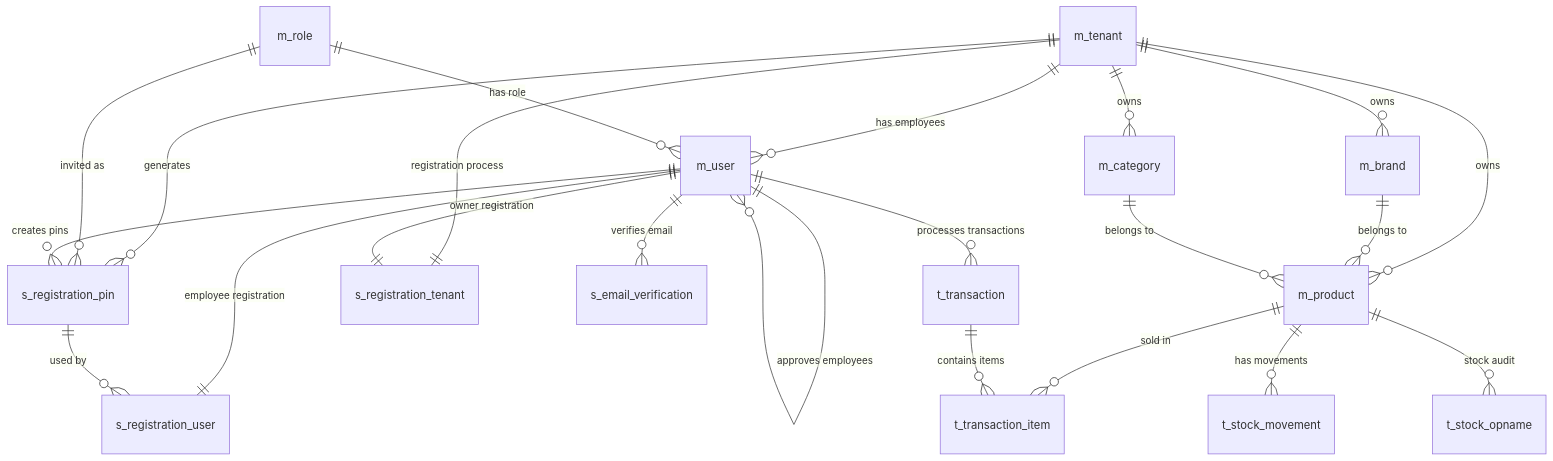
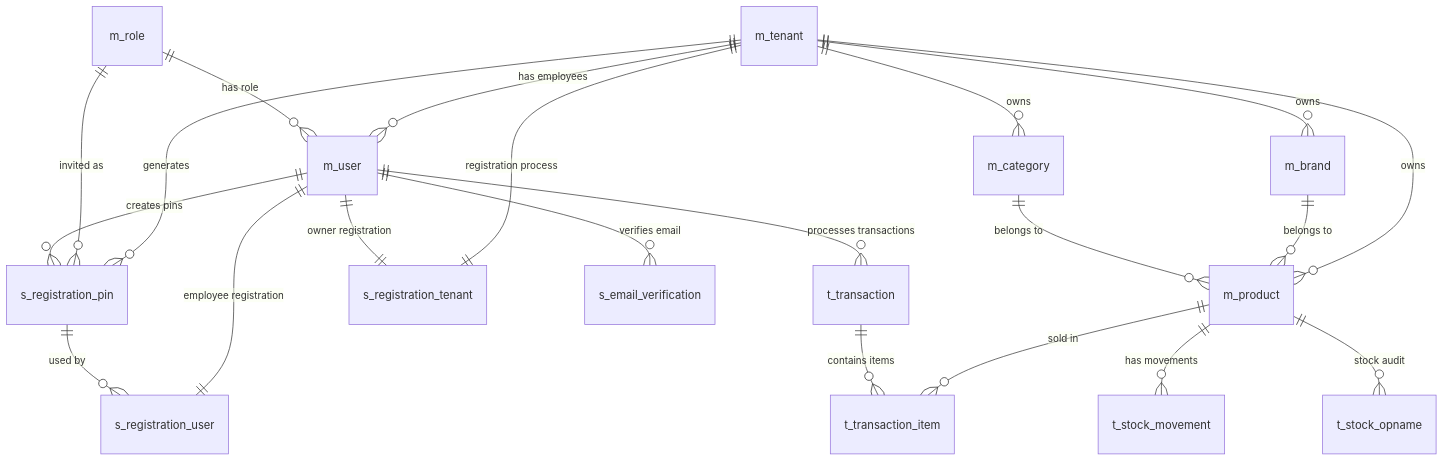
The diagram in server-pos-api/DATABASE_DESIGN.md (VoinzzZ/POS-Mobile), drawn with Mermaid before and after one commit. The commit also changed other lines of this file and 102 other files, not shown here.

````diff
--- a/server-pos-api/DATABASE_DESIGN.md
+++ b/server-pos-api/DATABASE_DESIGN.md
@@ -16,30 +16,29 @@
 ```mermaid
 erDiagram
     m_tenant ||--o{ m_user : "has employees"
     m_tenant ||--o{ m_brand : "owns"
     m_tenant ||--o{ m_category : "owns"
     m_tenant ||--o{ m_product : "owns"
     m_tenant ||--o{ s_registration_pin : "generates"
     m_tenant ||--|| s_registration_tenant : "registration process"
     
     m_role ||--o{ m_user : "has role"
     m_role ||--o{ s_registration_pin : "invited as"
     
     m_user ||--o{ s_email_verification : "verifies email"
     m_user ||--o{ s_registration_pin : "creates pins"
     m_user ||--|| s_registration_tenant : "owner registration"
     m_user ||--|| s_registration_user : "employee registration"
     m_user ||--o{ t_transaction : "processes transactions"
-    m_user ||--o{ m_user : "approves employees"
     
     m_brand ||--o{ m_product : "belongs to"
     m_category ||--o{ m_product : "belongs to"
     
     m_product ||--o{ t_transaction_item : "sold in"
     m_product ||--o{ t_stock_movement : "has movements"
     m_product ||--o{ t_stock_opname : "stock audit"
     
     t_transaction ||--o{ t_transaction_item : "contains items"
     
     s_registration_pin ||--o{ s_registration_user : "used by"
 ```
````
